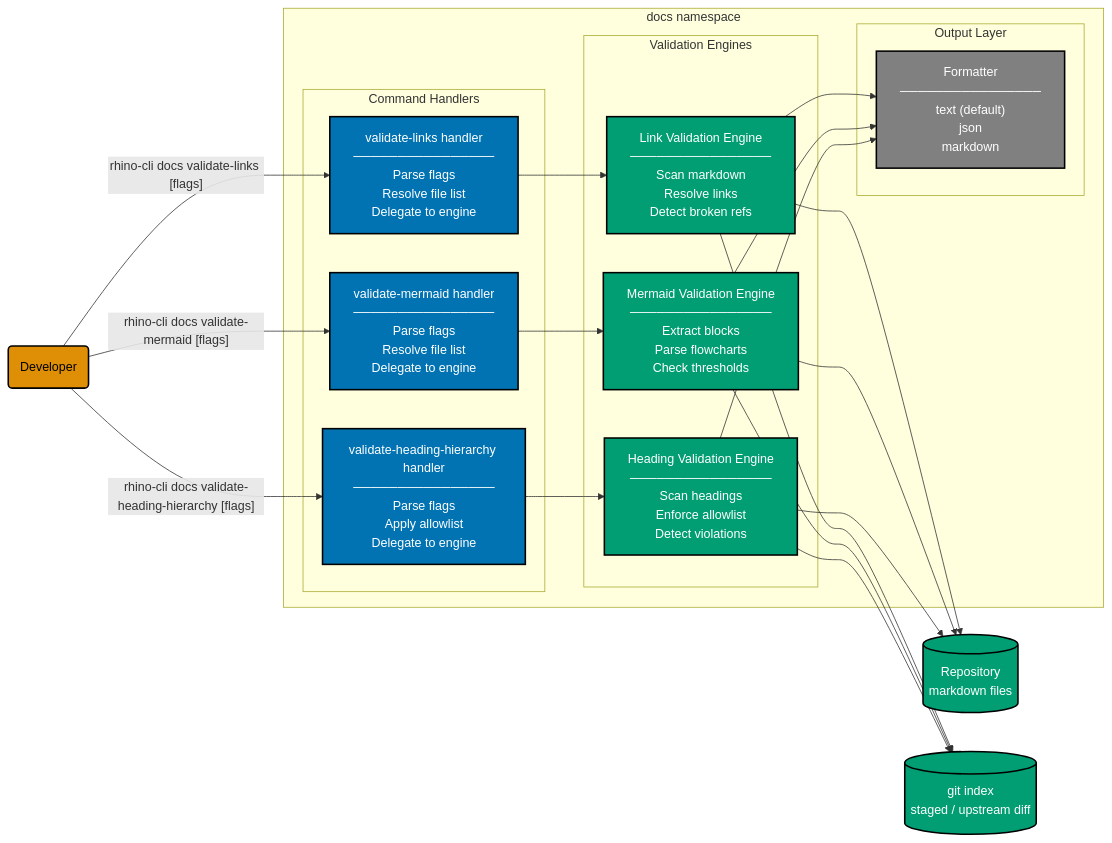
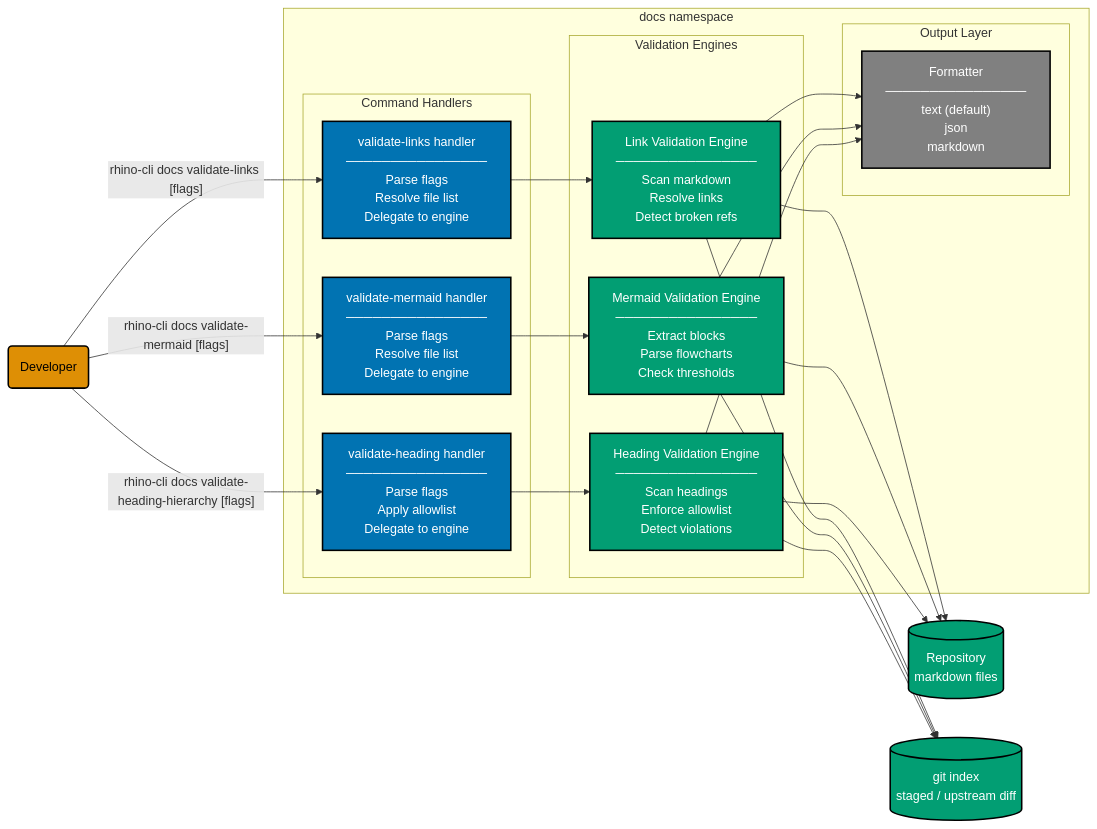
The diagram in specs/apps/rhino/components/cli/component-cli.md (wahidyankf/ose-primer), drawn with Mermaid before and after one commit. The commit also changed 10 other files, not shown here.

````diff
--- a/specs/apps/rhino/components/cli/component-cli.md
+++ b/specs/apps/rhino/components/cli/component-cli.md
@@ -7,51 +7,51 @@
 ```mermaid
 %% Color Palette: Blue #0173B2 | Orange #DE8F05 | Teal #029E73 | Purple #CC78BC | Brown #CA9161 | Gray #808080
 graph LR
     DEV("Developer"):::actor
 
     subgraph DOCS["docs namespace"]
 
         subgraph CMDS["Command Handlers"]
             VL["validate-links handler<br/>────────────────<br/>Parse flags<br/>Resolve file list<br/>Delegate to engine"]:::handler
             VM["validate-mermaid handler<br/>────────────────<br/>Parse flags<br/>Resolve file list<br/>Delegate to engine"]:::handler
-            VH["validate-heading-hierarchy handler<br/>────────────────<br/>Parse flags<br/>Apply allowlist<br/>Delegate to engine"]:::handler
+            VH["validate-heading handler<br/>────────────────<br/>Parse flags<br/>Apply allowlist<br/>Delegate to engine"]:::handler
         end
 
         subgraph ENGINES["Validation Engines"]
             LE["Link Validation Engine<br/>────────────────<br/>Scan markdown<br/>Resolve links<br/>Detect broken refs"]:::service
             ME["Mermaid Validation Engine<br/>────────────────<br/>Extract blocks<br/>Parse flowcharts<br/>Check thresholds"]:::service
             HE["Heading Validation Engine<br/>────────────────<br/>Scan headings<br/>Enforce allowlist<br/>Detect violations"]:::service
         end
 
         subgraph OUTPUT["Output Layer"]
             FMT["Formatter<br/>────────────────<br/>text (default)<br/>json<br/>markdown"]:::infra
         end
 
     end
 
     FS[("Repository<br/>markdown files")]:::datastore
     GIT[("git index<br/>staged / upstream diff")]:::datastore
 
     DEV -->|"rhino-cli docs validate-links [flags]"| VL
     DEV -->|"rhino-cli docs validate-mermaid [flags]"| VM
     DEV -->|"rhino-cli docs validate-heading-hierarchy [flags]"| VH
 
     VL --> LE
     VM --> ME
     VH --> HE
     LE --> FMT
     ME --> FMT
     HE --> FMT
     LE --> FS
     LE --> GIT
     ME --> FS
     ME --> GIT
     HE --> FS
     HE --> GIT
 
     classDef actor fill:#DE8F05,stroke:#000000,color:#000000,stroke-width:2px
     classDef handler fill:#0173B2,stroke:#000000,color:#FFFFFF,stroke-width:2px
     classDef service fill:#029E73,stroke:#000000,color:#FFFFFF,stroke-width:2px
     classDef infra fill:#808080,stroke:#000000,color:#FFFFFF,stroke-width:2px
     classDef datastore fill:#029E73,stroke:#000000,color:#FFFFFF,stroke-width:2px
 ```
````
